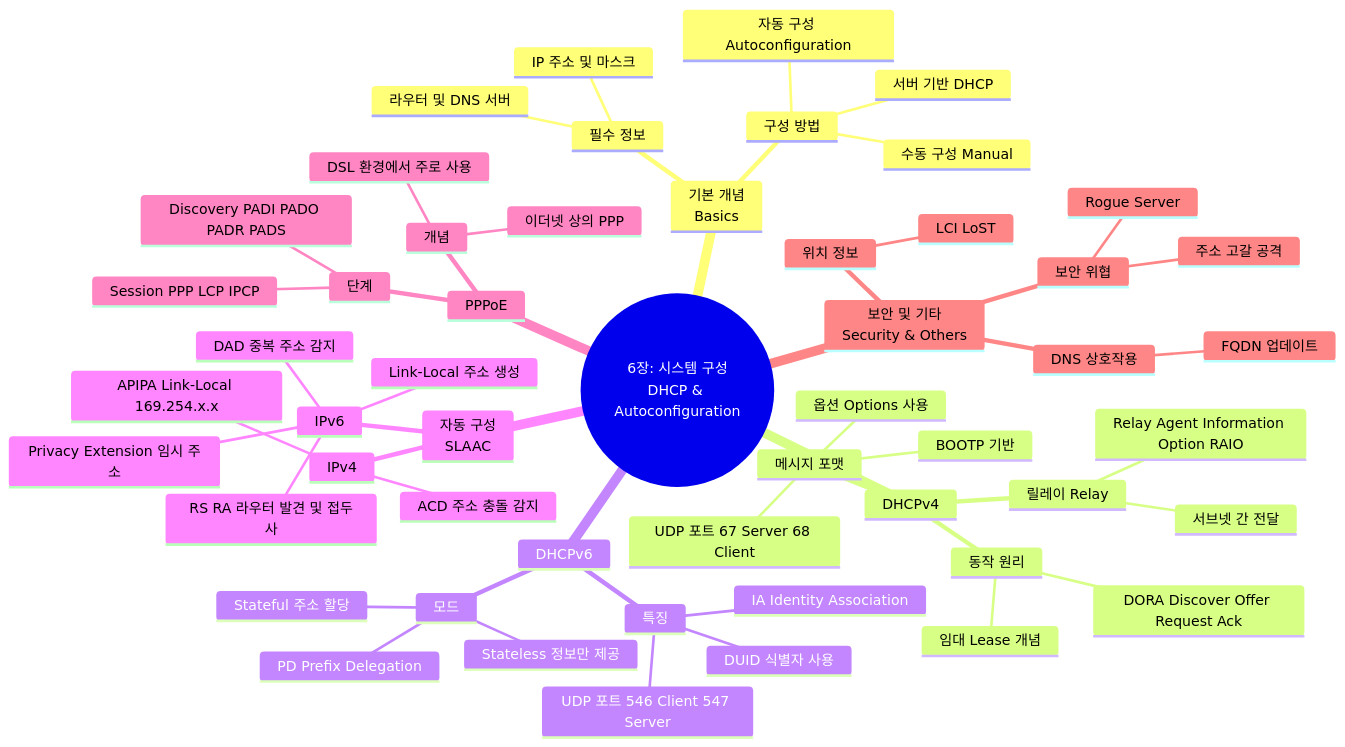
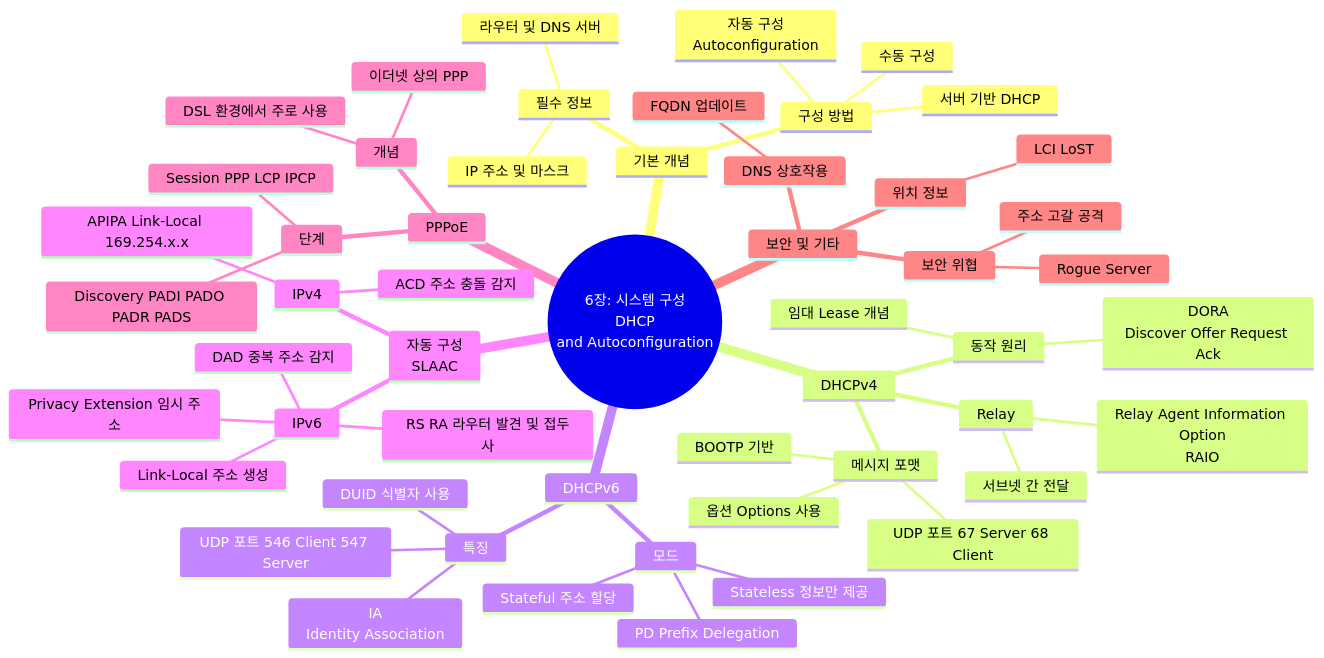
Before and after one commit to youngmin-gwon/what-i-studied: the diagram in 01_inbox/books/tcp_ip_illustrated_1/chapter6.md, drawn with Mermaid. The commit also changed other lines of this file and 4 other files, not shown here.

````diff
--- a/01_inbox/books/tcp_ip_illustrated_1/chapter6.md
+++ b/01_inbox/books/tcp_ip_illustrated_1/chapter6.md
@@ -11,56 +11,56 @@
 ```mermaid
 mindmap
-  root((6장: 시스템 구성<br>DHCP & Autoconfiguration))
-    기본 개념<br>Basics
+  root((6장: 시스템 구성<br>DHCP<br>and Autoconfiguration))
+    기본 개념
       필수 정보
         IP 주소 및 마스크
         라우터 및 DNS 서버
       구성 방법
-        수동 구성 Manual
+        수동 구성
         서버 기반 DHCP
-        자동 구성 Autoconfiguration
+        자동 구성<br>Autoconfiguration
     DHCPv4
       동작 원리
-        DORA Discover Offer Request Ack
+        DORA<br>Discover Offer Request Ack
         임대 Lease 개념
       메시지 포맷
         BOOTP 기반
         UDP 포트 67 Server 68 Client
         옵션 Options 사용
-      릴레이 Relay
-        Relay Agent Information Option RAIO
+      Relay
+        Relay Agent Information Option<br>RAIO
         서브넷 간 전달
     DHCPv6
       특징
         UDP 포트 546 Client 547 Server
         DUID 식별자 사용
-        IA Identity Association
+        IA<br>Identity Association
       모드
         Stateful 주소 할당
         Stateless 정보만 제공
         PD Prefix Delegation
     자동 구성<br>SLAAC
       IPv4
         APIPA Link-Local 169.254.x.x
         ACD 주소 충돌 감지
       IPv6
         Link-Local 주소 생성
         DAD 중복 주소 감지
         RS RA 라우터 발견 및 접두사
         Privacy Extension 임시 주소
     PPPoE
       개념
         이더넷 상의 PPP
         DSL 환경에서 주로 사용
       단계
         Discovery PADI PADO PADR PADS
         Session PPP LCP IPCP
-    보안 및 기타<br>Security & Others
+    보안 및 기타
       보안 위협
         Rogue Server
         주소 고갈 공격
       위치 정보
         LCI LoST
       DNS 상호작용
         FQDN 업데이트
 ```
````
